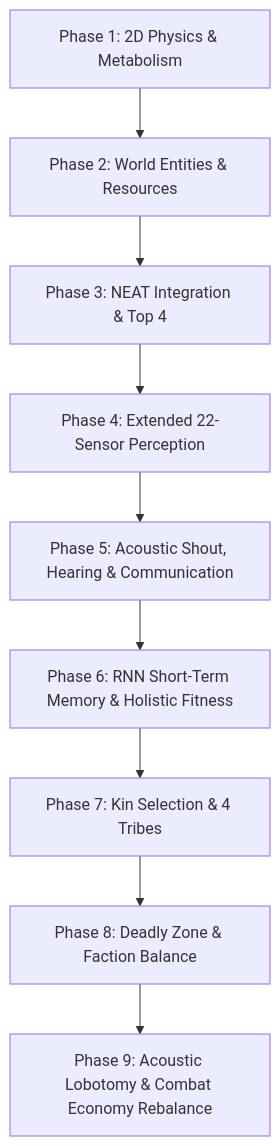
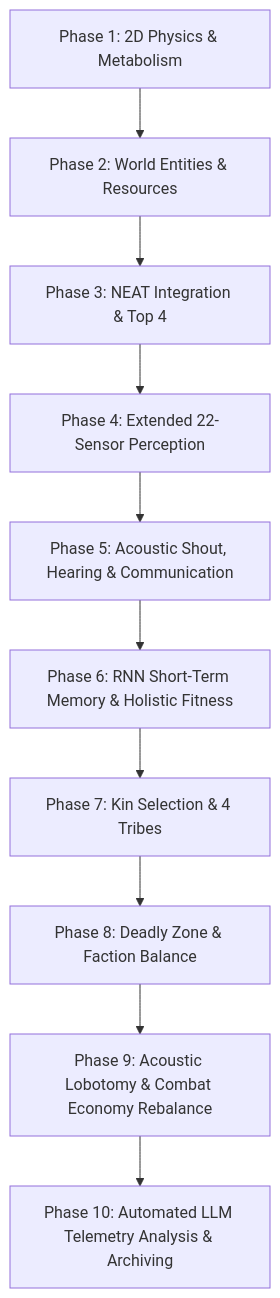
Before and after one commit to dawidnaessie/AgentReinforcementLearning: the diagram in docs/documentation.md, drawn with Mermaid. The commit also changed other lines of this file and 8 other files, not shown here.

Commit message:
Phase 10 (Automated Telemetry Analysis & Archiving

````diff
--- a/docs/documentation.md
+++ b/docs/documentation.md
@@ -26,11 +26,12 @@
 ```mermaid
 graph TD
     P1["Phase 1: 2D Physics & Metabolism"] --> P2["Phase 2: World Entities & Resources"]
     P2 --> P3["Phase 3: NEAT Integration & Top 4"]
     P3 --> P4["Phase 4: Extended 22-Sensor Perception"]
     P4 --> P5["Phase 5: Acoustic Shout, Hearing & Communication"]
     P5 --> P6["Phase 6: RNN Short-Term Memory & Holistic Fitness"]
     P6 --> P7["Phase 7: Kin Selection & 4 Tribes"]
     P7 --> P8["Phase 8: Deadly Zone & Faction Balance"]
     P8 --> P9["Phase 9: Acoustic Lobotomy & Combat Economy Rebalance"]
+    P9 --> P10["Phase 10: Automated LLM Telemetry Analysis & Archiving"]
 ```
````
